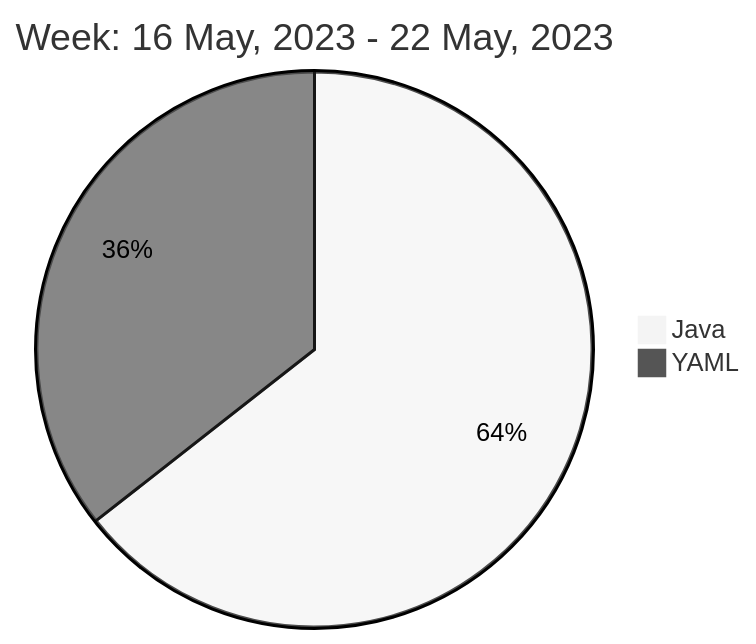
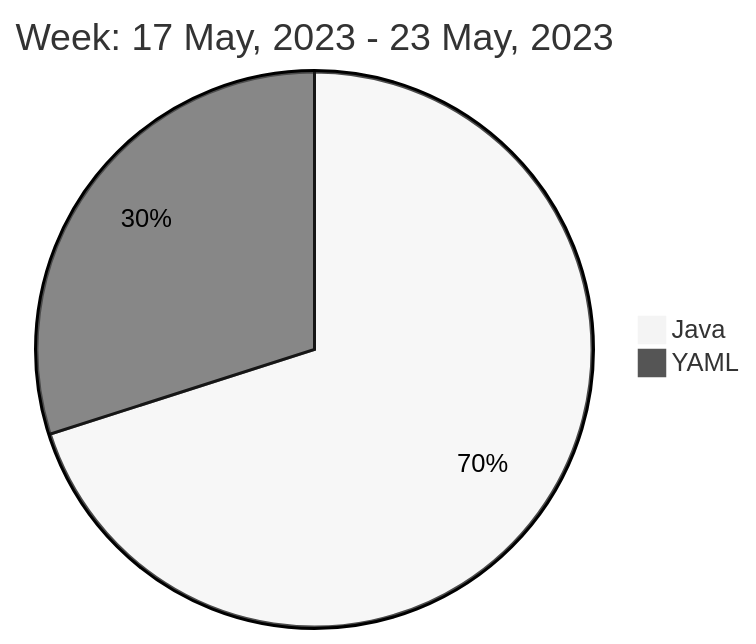
Before and after one commit to liubin95/liubin95: the diagram in README.md, drawn with Mermaid (neutral theme).

Commit message:
Updated the Graph with new Metrics

````diff
--- a/README.md
+++ b/README.md
@@ -40,6 +40,6 @@
 ```mermaid
  pie
-title Week: 16 May, 2023 - 22 May, 2023
- "Java" : 6.88
- "YAML" : 3.8
+title Week: 17 May, 2023 - 23 May, 2023
+ "Java" : 5.9
+ "YAML" : 2.52
 ```
````
